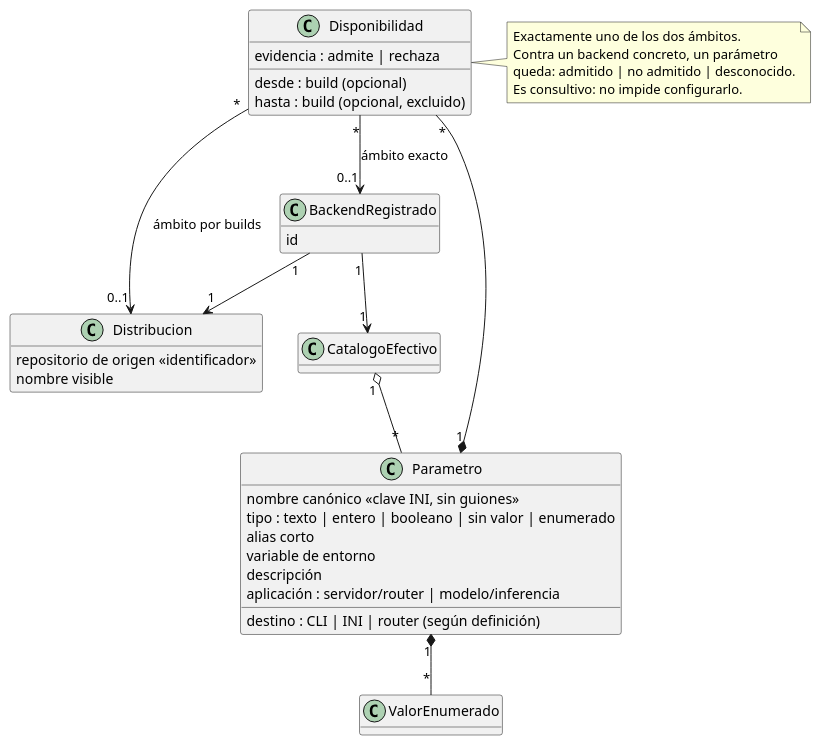
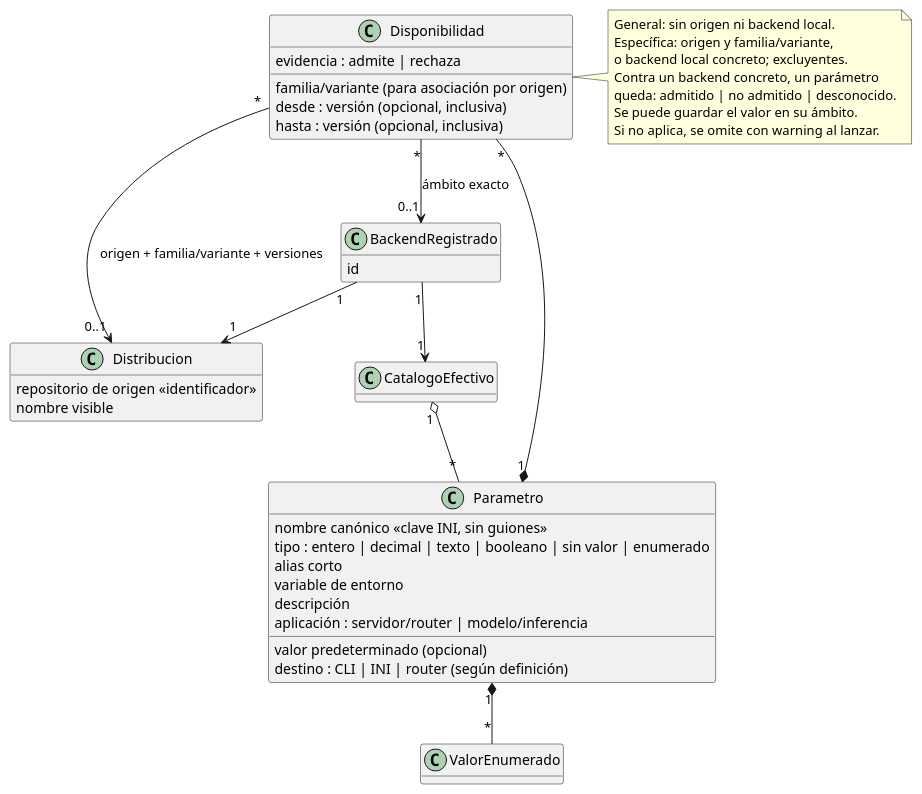
Before and after one commit to mstranich/coquena: the first of 2 diagrams in docs/catalogo-de-parametros.md, drawn with PlantUML. The commit also changed other lines of this file and 31 other files, not shown here.

````diff
--- a/docs/catalogo-de-parametros.md
+++ b/docs/catalogo-de-parametros.md
@@ -34,44 +224,49 @@
 ```plantuml
 @startuml
 hide empty methods
 
 class Parametro {
   nombre canónico <<clave INI, sin guiones>>
-  tipo : texto | entero | booleano | sin valor | enumerado
+  tipo : entero | decimal | texto | booleano | sin valor | enumerado
+  valor predeterminado (opcional)
   alias corto
   variable de entorno
   descripción
   destino : CLI | INI | router (según definición)
   aplicación : servidor/router | modelo/inferencia
 }
 class Disponibilidad {
   evidencia : admite | rechaza
-  desde : build (opcional)
-  hasta : build (opcional, excluido)
+  familia/variante (para asociación por origen)
+  desde : versión (opcional, inclusiva)
+  hasta : versión (opcional, inclusiva)
 }
 class Distribucion {
   repositorio de origen <<identificador>>
   nombre visible
 }
 class BackendRegistrado {
   id
 }
 class ValorEnumerado
 
 Parametro "1" *-- "*" Disponibilidad
-Disponibilidad "*" --> "0..1" Distribucion : ámbito por builds
+Disponibilidad "*" --> "0..1" Distribucion : origen + familia/variante + versiones
 Disponibilidad "*" --> "0..1" BackendRegistrado : ámbito exacto
 BackendRegistrado "1" --> "1" Distribucion
 BackendRegistrado "1" --> "1" CatalogoEfectivo
 class CatalogoEfectivo
 CatalogoEfectivo "1" o-- "*" Parametro
 Parametro "1" *-- "*" ValorEnumerado
 
 note right of Disponibilidad
-  Exactamente uno de los dos ámbitos.
+  General: sin origen ni backend local.
+  Específica: origen y familia/variante,
+  o backend local concreto; excluyentes.
   Contra un backend concreto, un parámetro
   queda: admitido | no admitido | desconocido.
-  Es consultivo: no impide configurarlo.
+  Se puede guardar el valor en su ámbito.
+  Si no aplica, se omite con warning al lanzar.
 end note
 @enduml
 ```
````
